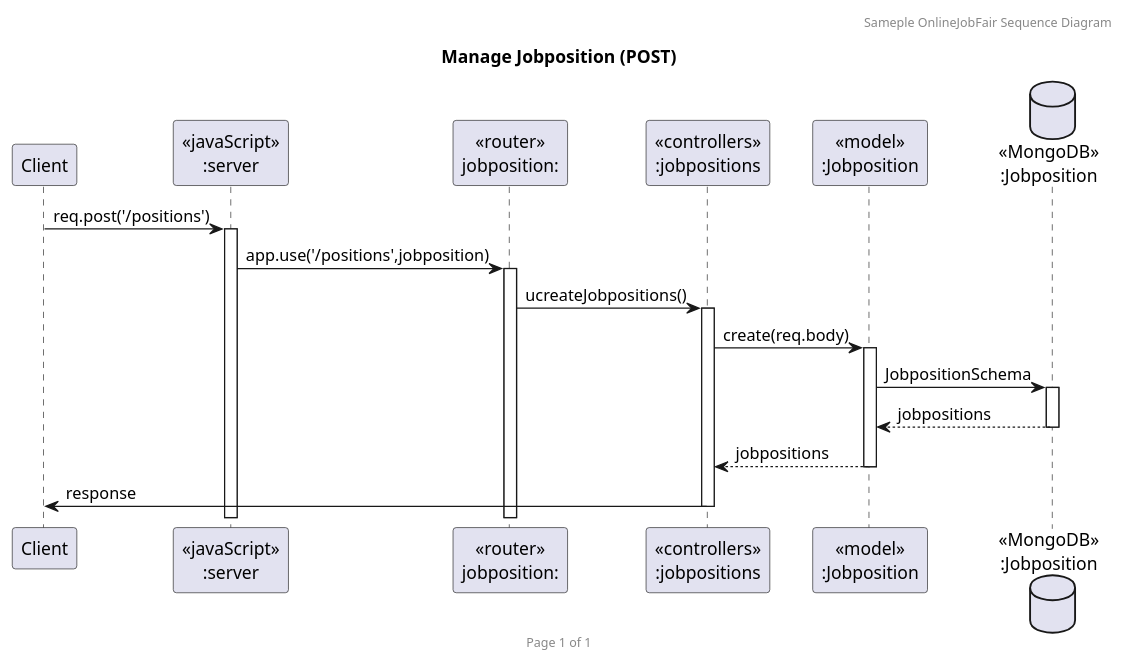
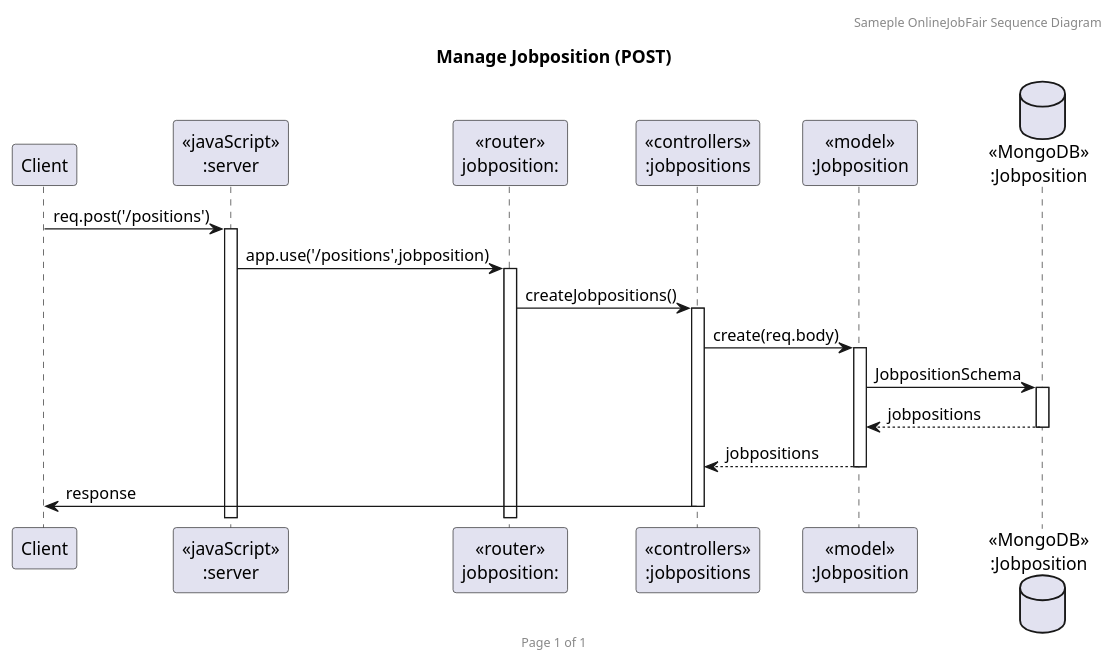
The diagram in plantuml/postposi.puml (2110503TACEDT66/presentation-day-1-madumeawteehongraomai), drawn with PlantUML before and after one commit. The commit also changed 8 other files, not shown here.

```diff
--- a/plantuml/postposi.puml
+++ b/plantuml/postposi.puml
@@ -1,23 +1,23 @@
 @startuml Manage Jobposition (GET)
 
 header Sameple OnlineJobFair Sequence Diagram
 footer Page %page% of %lastpage%
 title "Manage Jobposition (POST)"
 
 participant "Client" as client
 participant "<<javaScript>>\n:server" as server
 participant "<<router>>\njobposition:" as routerHospitals
 participant "<<controllers>>\n:jobpositions" as controllersHospitals
 participant "<<model>>\n:Jobposition" as modelHospital
 database "<<MongoDB>>\n:Jobposition" as HospitalsDatabase
 
 client->server ++:req.post('/positions')
 server->routerHospitals ++:app.use('/positions',jobposition)
-routerHospitals -> controllersHospitals ++:ucreateJobpositions()
+routerHospitals -> controllersHospitals ++:createJobpositions()
 controllersHospitals->modelHospital ++:create(req.body)
 modelHospital ->HospitalsDatabase ++: JobpositionSchema
 HospitalsDatabase --> modelHospital --: jobpositions
 controllersHospitals <-- modelHospital --:jobpositions
 controllersHospitals->client --:response
 
 @enduml
```
